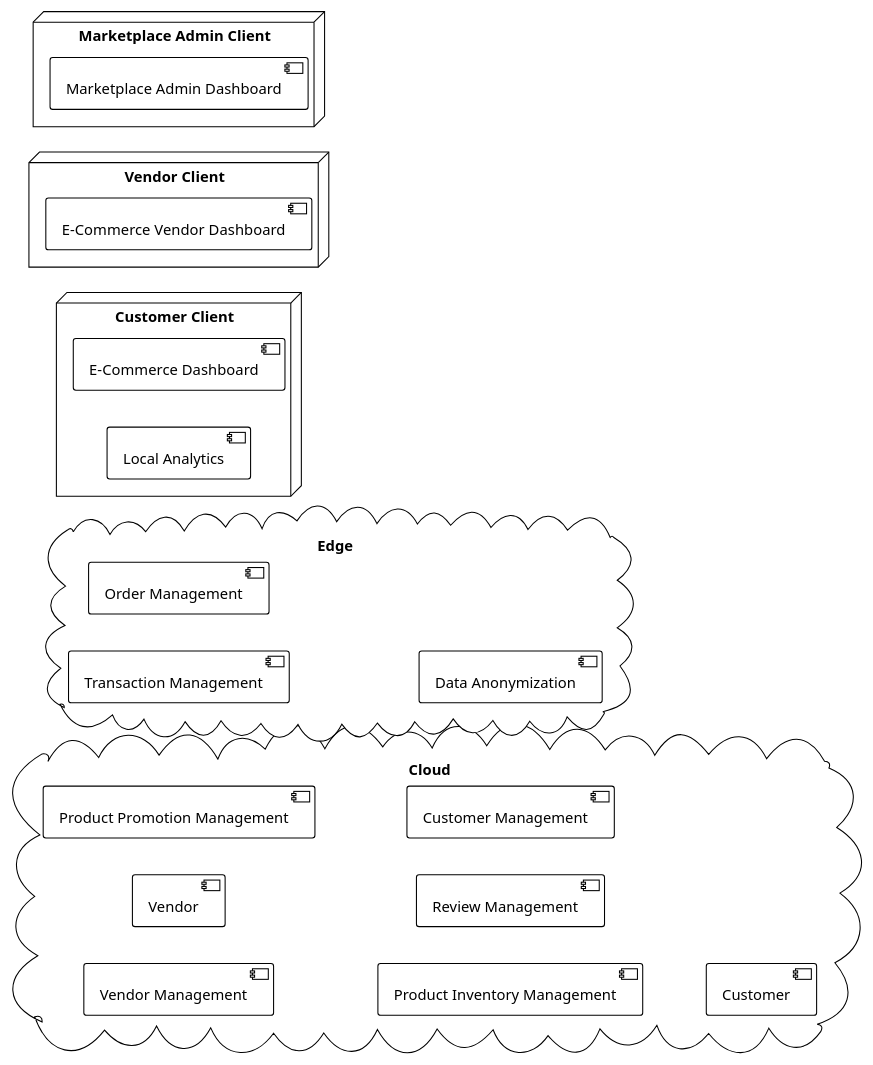
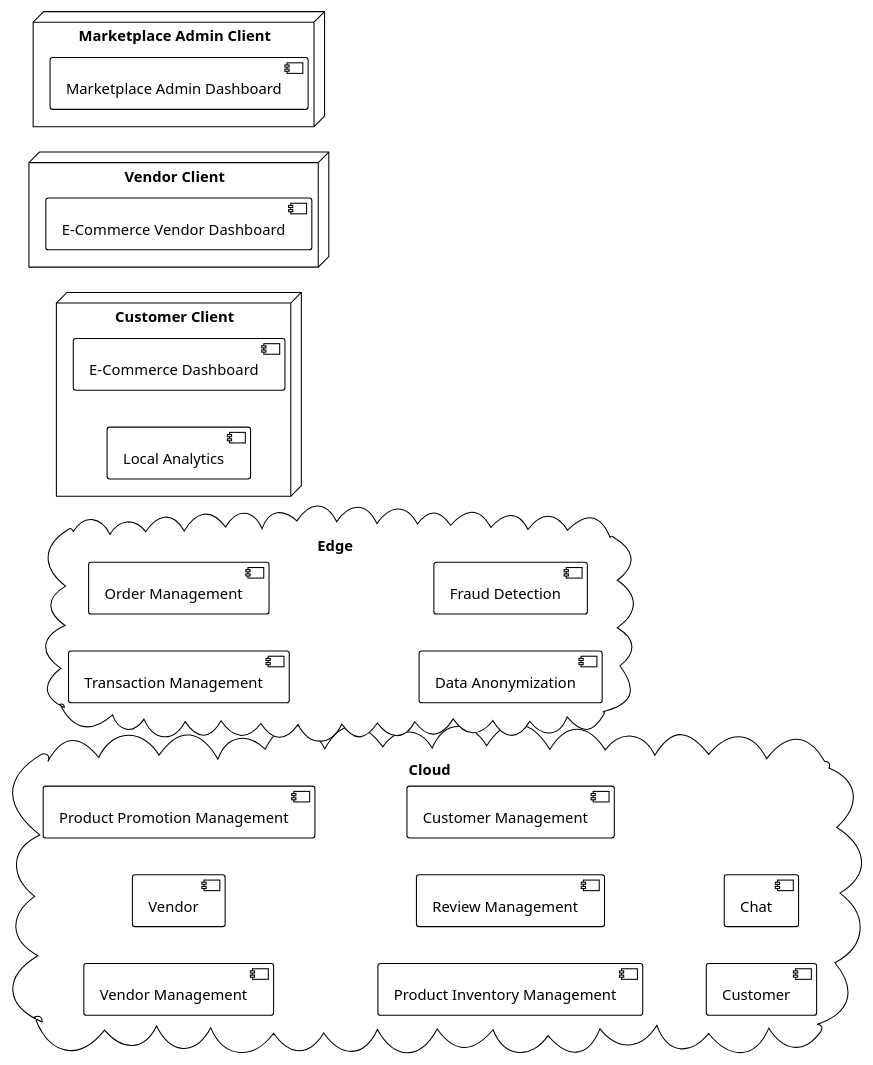
The diagram in report/diagrams/deployment.puml (peter-gy/ecommerce-cloud-architecture), drawn with PlantUML before and after one commit. The commit also changed 4 other files, not shown here.

Commit message:
add gcp arch diagram

```diff
--- a/report/diagrams/deployment.puml
+++ b/report/diagrams/deployment.puml
@@ -1,30 +1,32 @@
 @startuml
 !theme plain
 skinparam dpi 300
 scale max 250 width
 left to right direction
 node "Customer Client" as CustomerClient  {
     component "E-Commerce Dashboard" as ECommerceDashboard
     component "Local Analytics" as LocalAnalytics
 }
 node "Vendor Client" as VendorClient  {
     component "E-Commerce Vendor Dashboard" as ECommerceVendorDashboard
 }
 node "Marketplace Admin Client" as MarketplaceAdminClient  {
     component "Marketplace Admin Dashboard" as MarketplaceAdminDashboard
 }
 cloud Cloud {
     component "Vendor Management" as VendorManagement
     component Vendor
     component "Product Promotion Management" as ProductPromotionManagement
     component "Product Inventory Management" as ProductInventoryManagement
     component "Review Management" as ReviewManagement
     component "Customer Management" as CustomerManagement
     component Customer
+    component Chat
 }
 cloud Edge {
     component "Transaction Management" as TransactionManagement 
     component "Order Management" as OrderManagement 
     component "Data Anonymization" as DataAnonymization
+    component "Fraud Detection" as FraudDetection
 }
 @enduml
```
